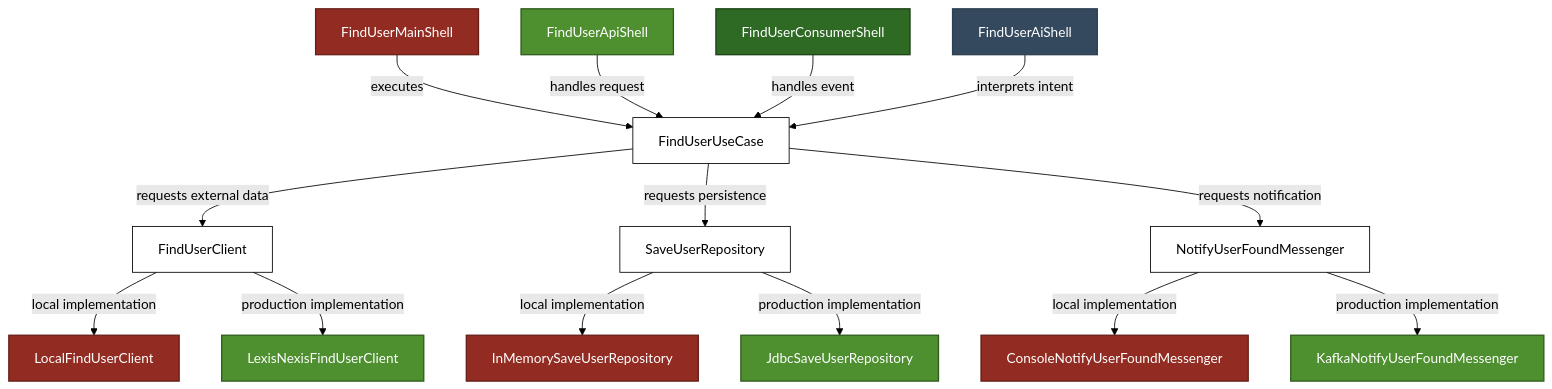
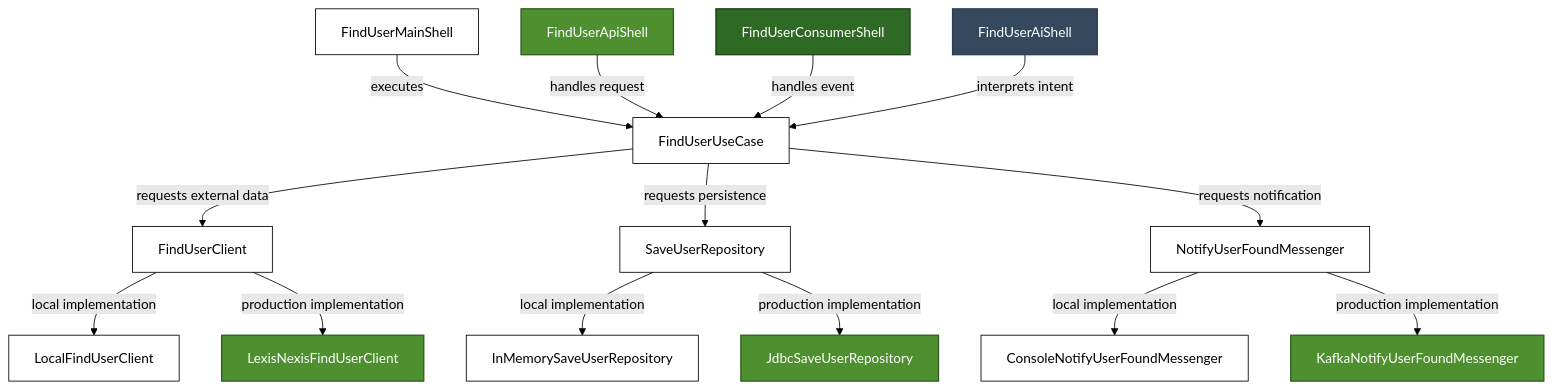
One commit to hermi-projects/hermi changed the diagram in README.md. Above: the diagram before and after it, drawn with Mermaid (forest theme). The commit also changed 6 other files, not shown here.

````diff
--- a/README.md
+++ b/README.md
@@ -561,43 +561,43 @@
 ```mermaid
 graph TD
     %% Main Shell
     A[FindUserMainShell] -->|executes| U[FindUserUseCase]
 
     %% API Shell
     B[FindUserApiShell] -->|handles request| U
 
     %% Consumer Shell
     C[FindUserConsumerShell] -->|handles event| U
 
     %% AI Shell (New Entry Point)
     D_AI[FindUserAiShell] -->|interprets intent| U
 
     %% Use Case -> Contracts
     U -->|requests external data| D[FindUserClient]
     U -->|requests persistence| E[SaveUserRepository]
     U -->|requests notification| F[NotifyUserFoundMessenger]
 
     %% Local Implementations
     D -->|local implementation| G[LocalFindUserClient]
     E -->|local implementation| H[InMemorySaveUserRepository]
     F -->|local implementation| I[ConsoleNotifyUserFoundMessenger]
 
     %% Production Implementations
     D -->|production implementation| J[LexisNexisFindUserClient]
     E -->|production implementation| K[JdbcSaveUserRepository]
     F -->|production implementation| L[KafkaNotifyUserFoundMessenger]
 
     %% Styling
-    classDef local fill:#922B21,color:#FFFFFF,stroke:#641E16,stroke-width:1.5px
+    classDef local fill:#FFFFFF,color:#000000,stroke:#000000,stroke-width:1px
     classDef api fill:#4E8F2F,color:#FFFFFF,stroke:#2F5A1C,stroke-width:1.5px
     classDef consumer fill:#2E6A24,color:#FFFFFF,stroke:#1B3F15,stroke-width:1.5px
     classDef ai fill:#34495E,color:#FFFFFF,stroke:#2C3E50,stroke-width:1.5px
     classDef core fill:#FFFFFF,color:#000000,stroke:#000000,stroke-width:1px
 
     %% Assign classes
     class A,G,H,I local
     class B,J,K,L api
     class C consumer
     class D_AI ai
     class U,D,E,F core
 ```
````
